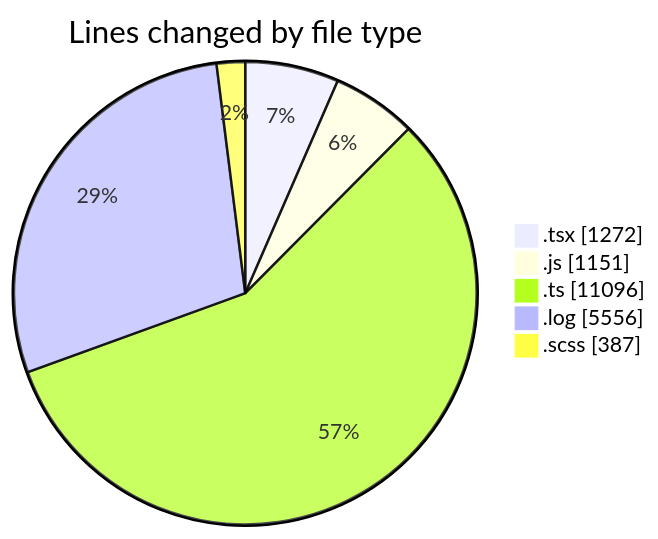
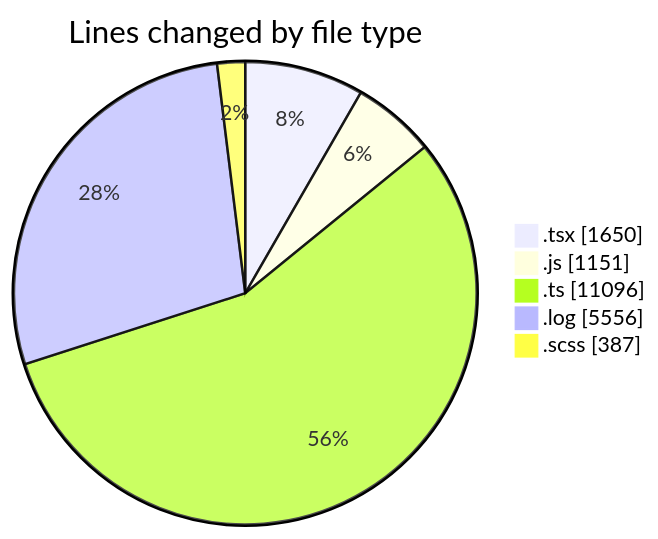
The first of 2 diagrams in 2026-04-09/cda/README.md (momahboobian/code-tracking), drawn with Mermaid before and after one commit. The commit also changed other lines of this file and 1 other file, not shown here.

````diff
--- a/2026-04-09/cda/README.md
+++ b/2026-04-09/cda/README.md
@@ -32,9 +32,9 @@
 ```mermaid
 pie showData
 title Lines changed by file type
-".tsx" : 1272
+".tsx" : 1650
 ".js" : 1151
 ".ts" : 11096
 ".log" : 5556
 ".scss" : 387
 ```
````
